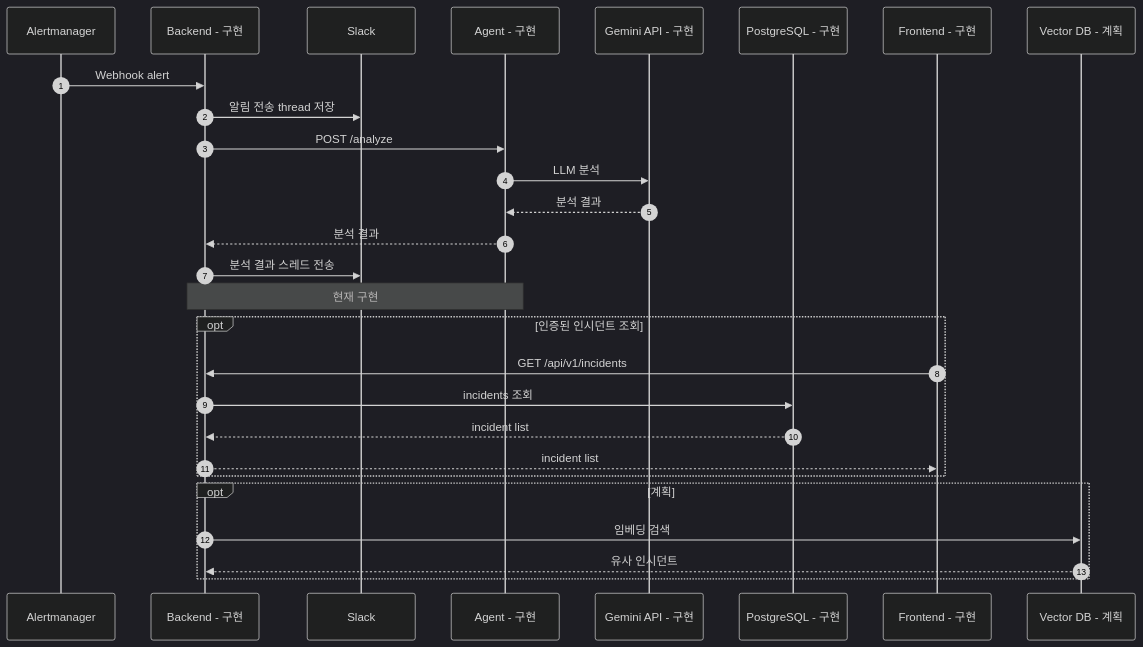
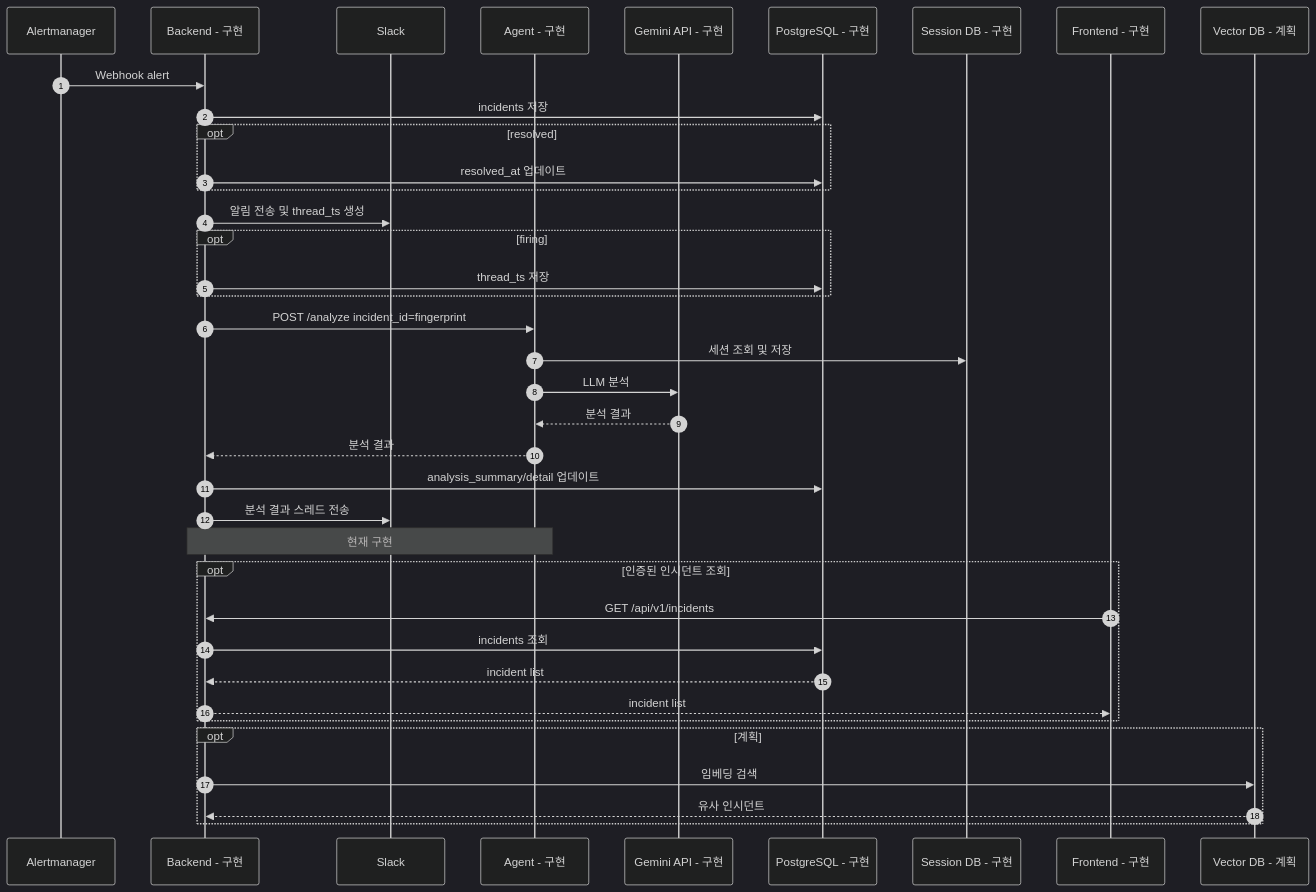
Before and after one commit to kube-rca/kuberca: the diagram in docs/diagrams/alert_analysis_sequence_diagram.md, drawn with Mermaid (dark theme). The commit also changed 3 other files, not shown here.

Commit message:
docs(diagrams): sync with deployment config

````diff
--- a/docs/diagrams/alert_analysis_sequence_diagram.md
+++ b/docs/diagrams/alert_analysis_sequence_diagram.md
@@ -1,33 +1,43 @@
 ```mermaid
 sequenceDiagram
   autonumber
   participant AM as Alertmanager
   participant BE as Backend - 구현
   participant SL as Slack
   participant AG as Agent - 구현
   participant LLM as Gemini API - 구현
   participant DB as PostgreSQL - 구현
+  participant SDB as Session DB - 구현
   participant FE as Frontend - 구현
   participant VDB as Vector DB - 계획
 
   AM->>BE: Webhook alert
-  BE->>SL: 알림 전송 thread 저장
-  BE->>AG: POST /analyze
+  BE->>DB: incidents 저장
+  opt resolved
+    BE->>DB: resolved_at 업데이트
+  end
+  BE->>SL: 알림 전송 및 thread_ts 생성
+  opt firing
+    BE->>DB: thread_ts 저장
+  end
+  BE->>AG: POST /analyze incident_id=fingerprint
+  AG->>SDB: 세션 조회 및 저장
   AG->>LLM: LLM 분석
   LLM-->>AG: 분석 결과
   AG-->>BE: 분석 결과
+  BE->>DB: analysis_summary/detail 업데이트
   BE->>SL: 분석 결과 스레드 전송
   Note over BE,AG: 현재 구현
 
   opt 인증된 인시던트 조회
     FE->>BE: GET /api/v1/incidents
     BE->>DB: incidents 조회
     DB-->>BE: incident list
     BE-->>FE: incident list
   end
 
   opt 계획
     BE->>VDB: 임베딩 검색
     VDB-->>BE: 유사 인시던트
   end
 ```
````
